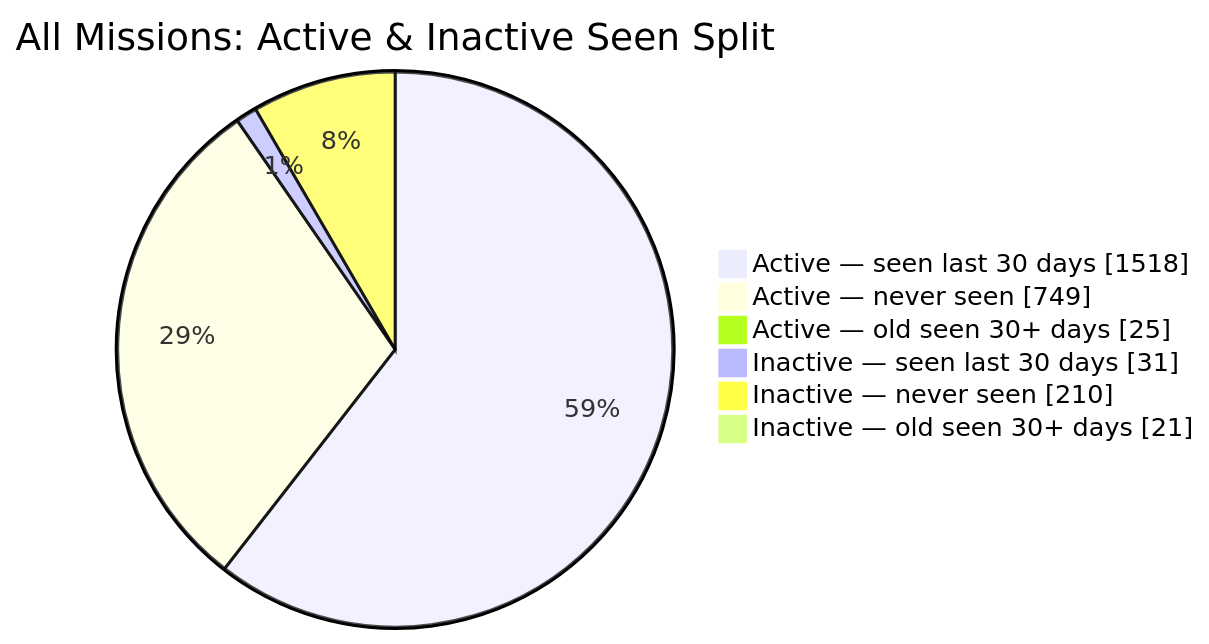
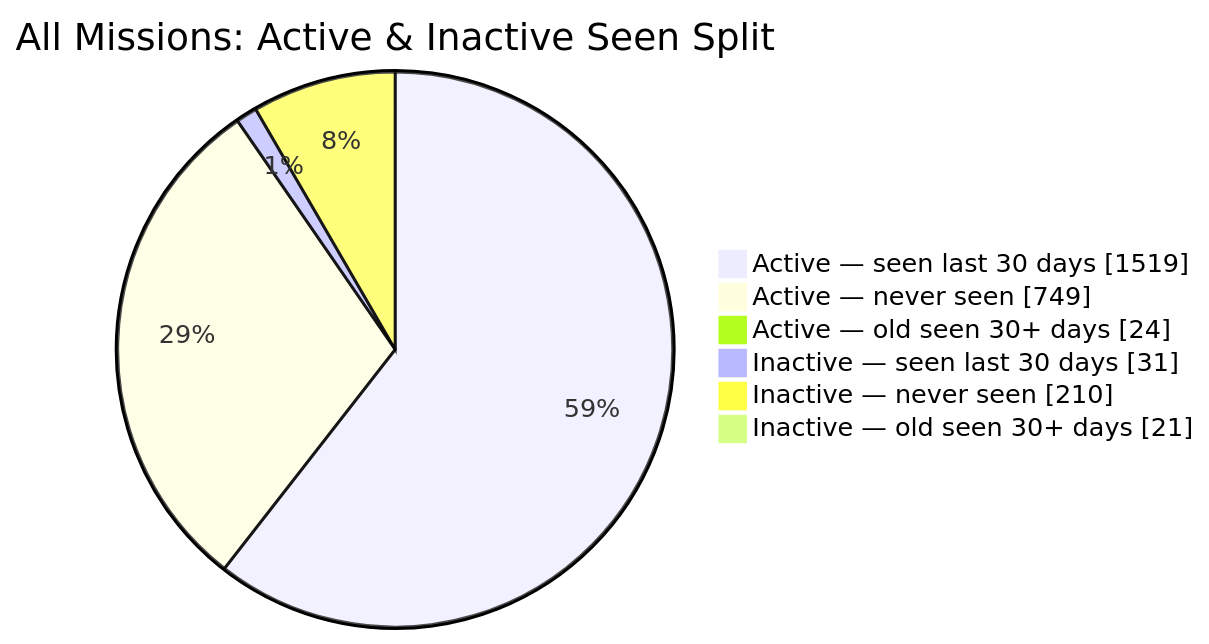
Before and after one commit to MeldkamerspelGameTeam/active-missions: the second of 2 diagrams in README.md, drawn with Mermaid. The commit also changed other lines of this file and 3 other files, not shown here.

````diff
--- a/README.md
+++ b/README.md
@@ -44,10 +44,10 @@
 ```mermaid
 pie showData
     title All Missions: Active & Inactive Seen Split
-    "Active — seen last 30 days" : 1518
+    "Active — seen last 30 days" : 1519
     "Active — never seen" : 749
-    "Active — old seen 30+ days" : 25
+    "Active — old seen 30+ days" : 24
     "Inactive — seen last 30 days" : 31
     "Inactive — never seen" : 210
     "Inactive — old seen 30+ days" : 21
 ```
````
